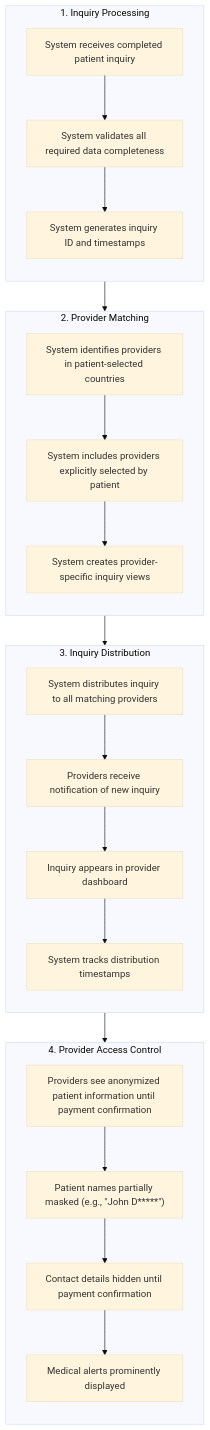
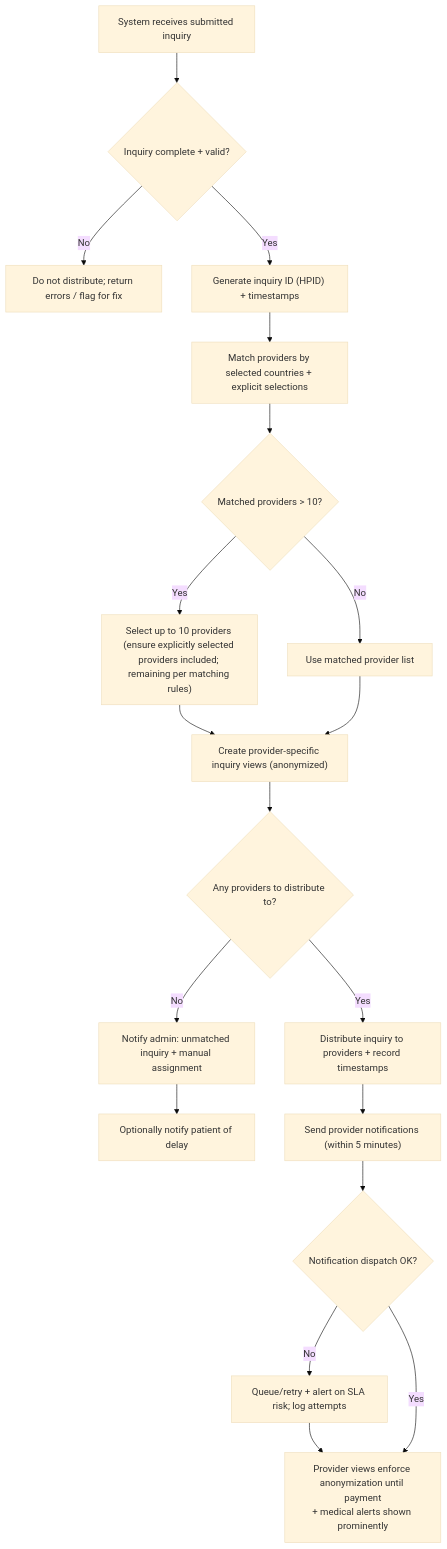
One commit to joachimtrungtuan/hairline-pm-docs changed the sixth of 14 diagrams in project-requirements/functional-requirements/fr003-inquiry-submission/prd.md. Above: the diagram before and after it, drawn with Mermaid (base theme). The commit also changed other lines of this file and 12 other files, not shown here.

Commit message:
Update task automation scripts and update FR-003 flows into Mermaid format

````diff
--- a/project-requirements/functional-requirements/fr003-inquiry-submission/prd.md
+++ b/project-requirements/functional-requirements/fr003-inquiry-submission/prd.md
@@ -191,26 +186,25 @@
 ```mermaid
 flowchart TD
-  subgraph W2S1["1. Inquiry Processing"]
-    direction TB
-    W2S1_1["System receives completed patient inquiry"] --> W2S1_2["System validates all required data completeness"] --> W2S1_3["System generates inquiry ID and timestamps"]
-  end
+    Start["System receives submitted inquiry"] --> Validate{"Inquiry complete + valid?"}
 
-  subgraph W2S2["2. Provider Matching"]
-    direction TB
-    W2S2_1["System identifies providers in patient-selected countries"] --> W2S2_2["System includes providers explicitly selected by patient"] --> W2S2_3["System creates provider-specific inquiry views"]
-  end
+    Validate -->|No| Invalid["Do not distribute; return errors / flag for fix"]
+    Validate -->|Yes| Identify["Generate inquiry ID (HPID) + timestamps"]
 
-  subgraph W2S3["3. Inquiry Distribution"]
-    direction TB
-    W2S3_1["System distributes inquiry to all matching providers"] --> W2S3_2["Providers receive notification of new inquiry"] --> W2S3_3["Inquiry appears in provider dashboard"] --> W2S3_4["System tracks distribution timestamps"]
-  end
+    Identify --> Match["Match providers by selected countries + explicit selections"]
+    Match --> Cap{"Matched providers &gt; 10?"}
+    Cap -->|Yes| Select10["Select up to 10 providers (ensure explicitly selected providers included; remaining per matching rules)"]
+    Cap -->|No| Matched["Use matched provider list"]
 
-  subgraph W2S4["4. Provider Access Control"]
-    direction TB
-    W2S4_1["Providers see anonymized patient information until payment confirmation"] --> W2S4_2["Patient names partially masked (e.g., &quot;John D*****&quot;)"] --> W2S4_3["Contact details hidden until payment confirmation"] --> W2S4_4["Medical alerts prominently displayed"]
-  end
+    Select10 --> Views["Create provider-specific inquiry views (anonymized)"]
+    Matched --> Views
 
-  W2S1_3 --> W2S2_1
-  W2S2_3 --> W2S3_1
-  W2S3_4 --> W2S4_1
+    Views --> Found{"Any providers to distribute to?"}
+    Found -->|No| Manual["Notify admin: unmatched inquiry + manual assignment"]
+    Manual --> Delay["Optionally notify patient of delay"]
+
+    Found -->|Yes| Distribute["Distribute inquiry to providers + record timestamps"]
+    Distribute --> Notify["Send provider notifications (within 5 minutes)"]
+    Notify --> NotifyOk{"Notification dispatch OK?"}
+    NotifyOk -->|No| Retry["Queue/retry + alert on SLA risk; log attempts"] --> Access
+    NotifyOk -->|Yes| Access["Provider views enforce anonymization until payment<br/>+ medical alerts shown prominently"]
 ```
````
